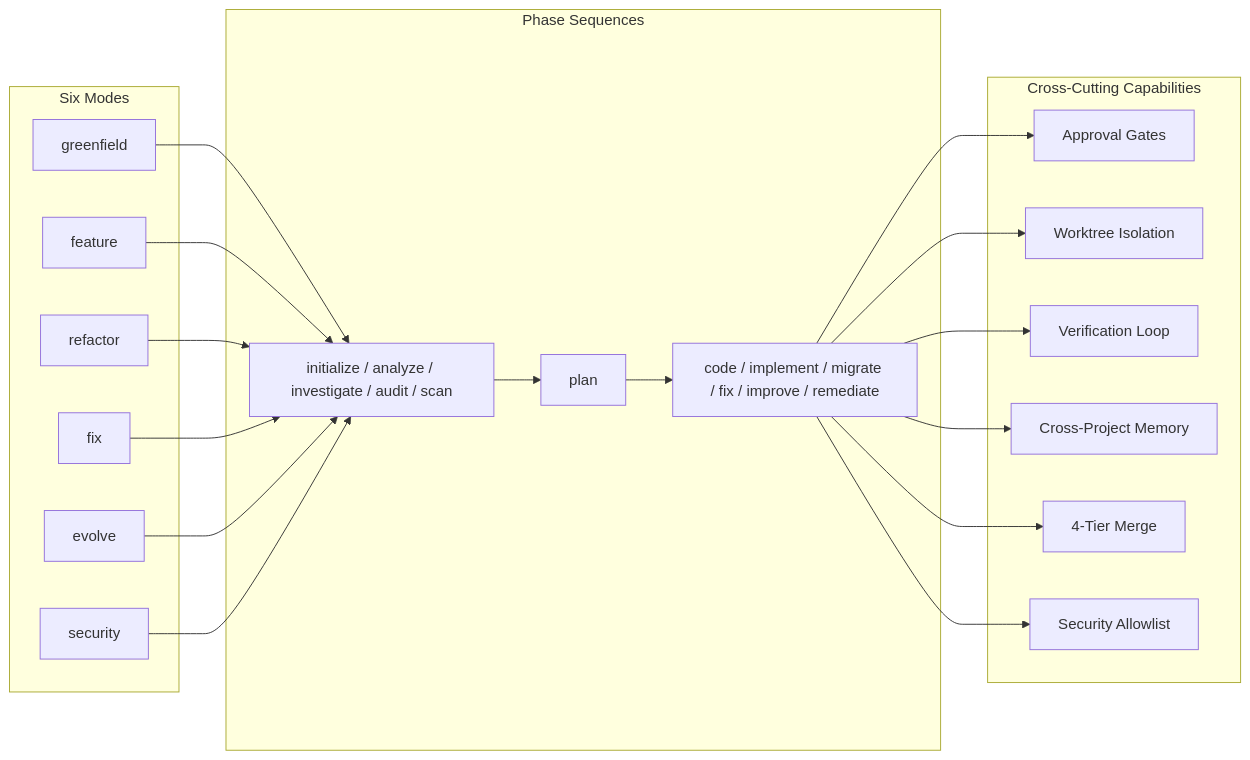
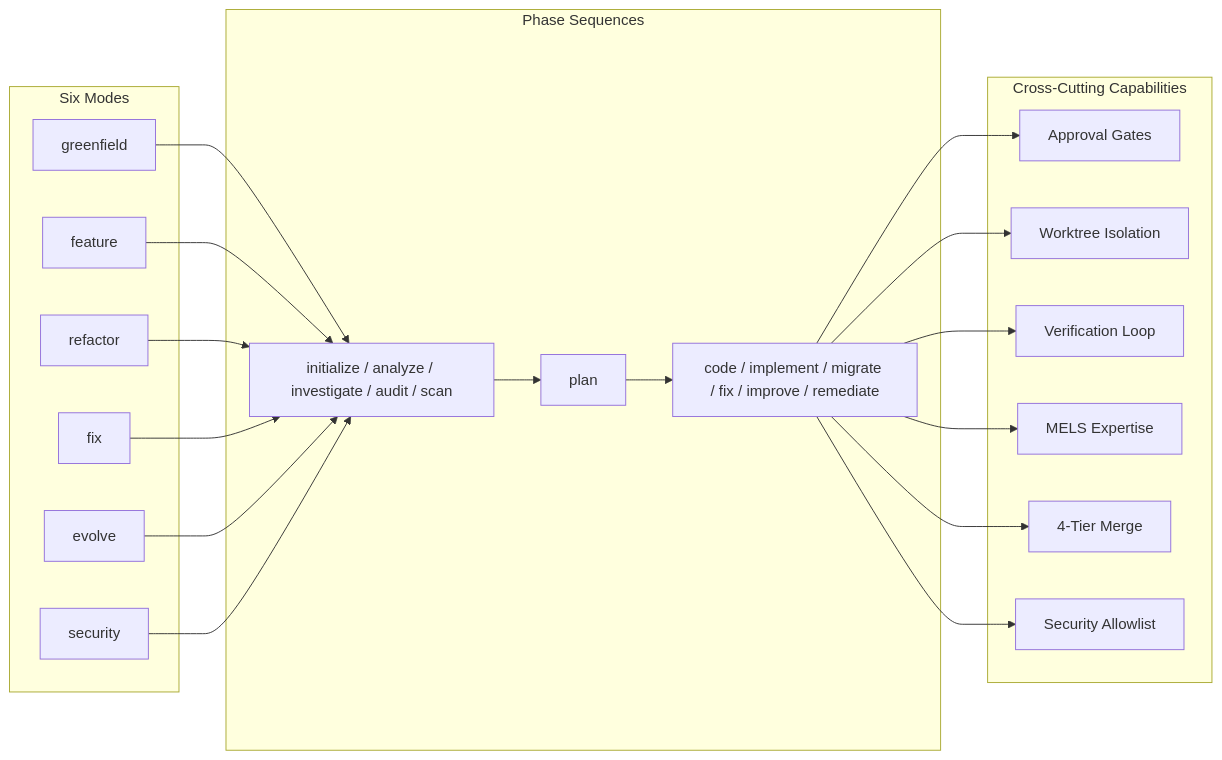
Before and after one commit to HeshamFS/swarmweaver: the second of 4 diagrams in README.md, drawn with Mermaid. The commit also changed other lines of this file and 41 other files, not shown here.

````diff
--- a/README.md
+++ b/README.md
@@ -100,38 +100,38 @@
 ```mermaid
 flowchart LR
     subgraph modes [Six Modes]
         GF[greenfield]
         FE[feature]
         RF[refactor]
         FX[fix]
         EV[evolve]
         SEC[security]
     end
     subgraph phases [Phase Sequences]
         P1[initialize / analyze / investigate / audit / scan]
         P2[plan]
         P3[code / implement / migrate / fix / improve / remediate]
     end
     subgraph capabilities [Cross-Cutting Capabilities]
         C1[Approval Gates]
         C2[Worktree Isolation]
         C3[Verification Loop]
-        C4[Cross-Project Memory]
+        C4[MELS Expertise]
         C5[4-Tier Merge]
         C6[Security Allowlist]
     end
     GF --> P1
     FE --> P1
     RF --> P1
     FX --> P1
     EV --> P1
     SEC --> P1
     P1 --> P2
     P2 --> P3
     P3 --> C1
     P3 --> C2
     P3 --> C3
     P3 --> C4
     P3 --> C5
     P3 --> C6
 ```
````
